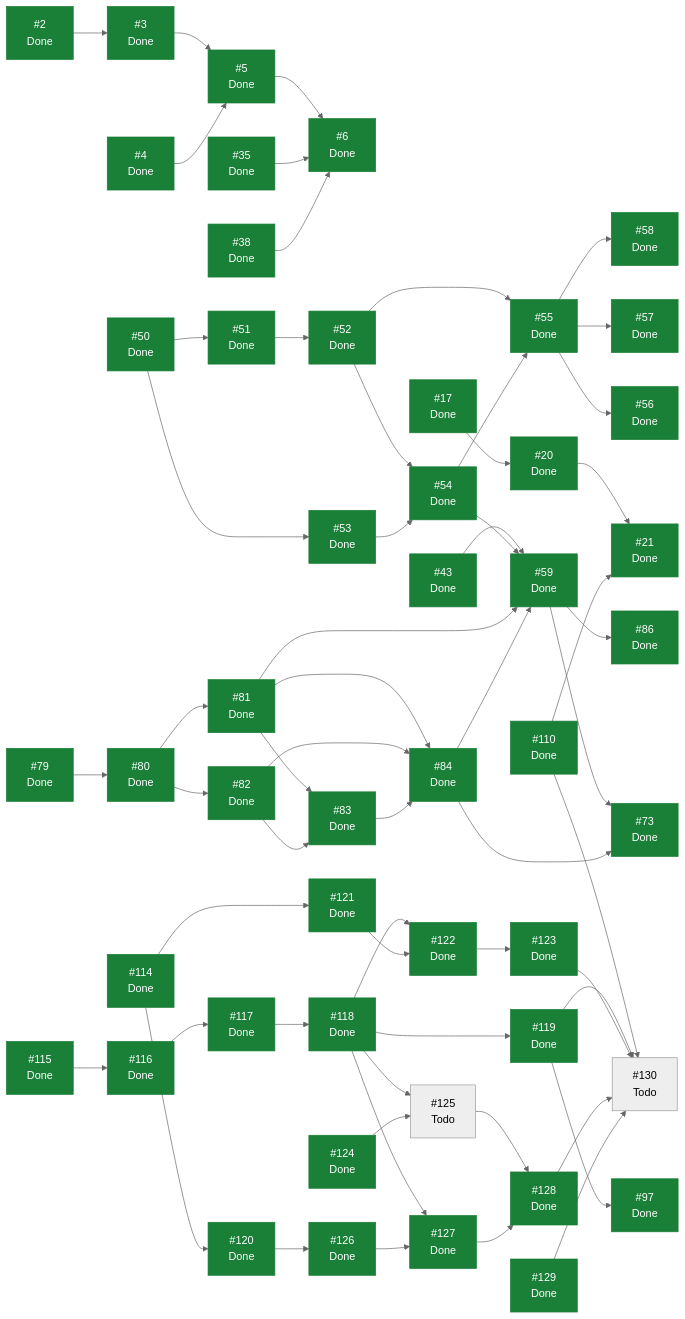
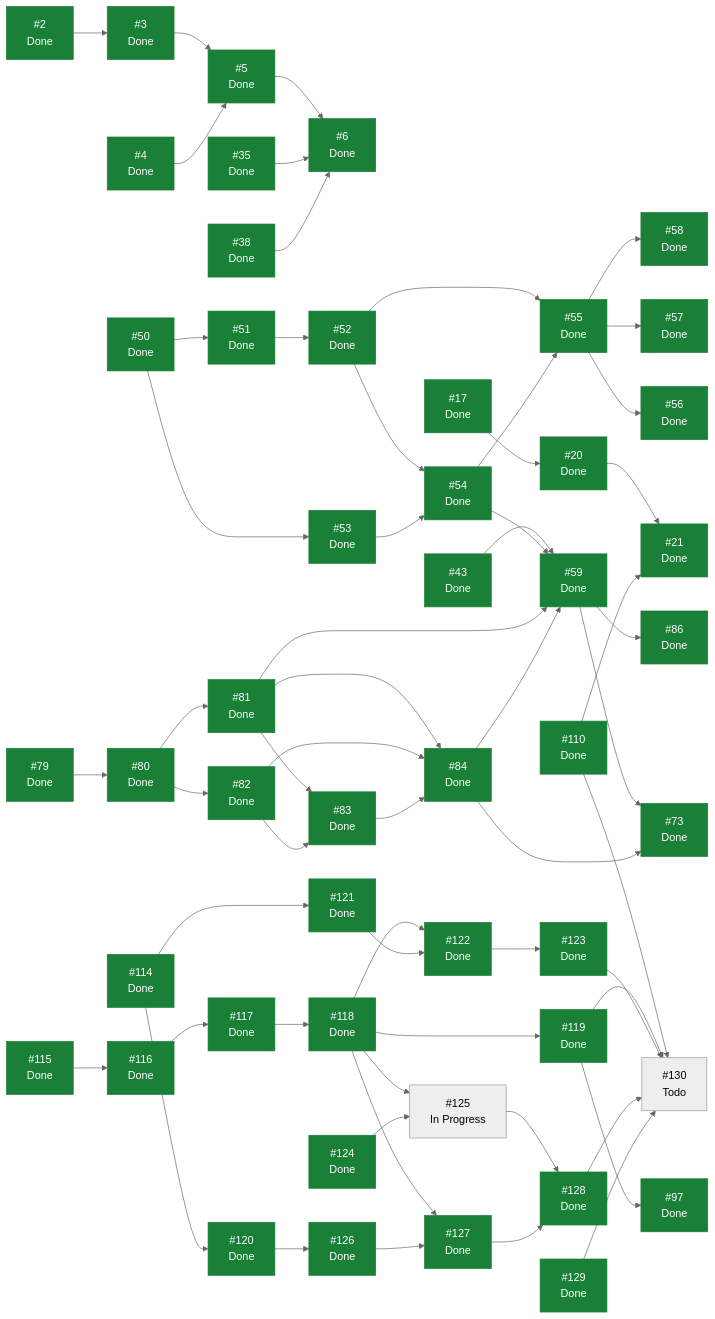
One commit to ecamp0s/evault changed the diagram in docs/planning/STATUS.md. Above: the diagram before and after it, drawn with Mermaid (neutral theme). The commit also changed other lines of this file, not shown here.

```diff
--- a/docs/planning/STATUS.md
+++ b/docs/planning/STATUS.md
@@ -175,7 +177,7 @@
   I122["#122<br/>Done"]
   I123["#123<br/>Done"]
   I124["#124<br/>Done"]
-  I125["#125<br/>Todo"]
+  I125["#125<br/>In Progress"]
   I126["#126<br/>Done"]
   I127["#127<br/>Done"]
   I128["#128<br/>Done"]
```
